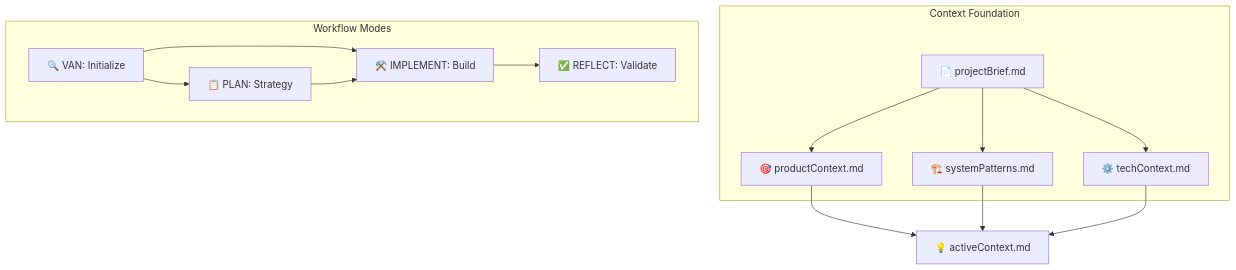
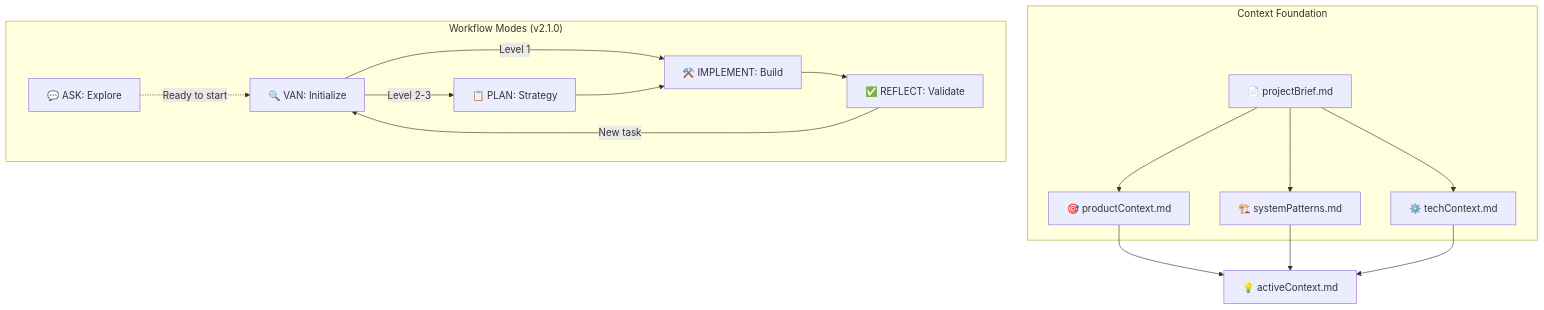
One commit to doublefx/claude-memory-bank changed the diagram in README.md. Above: the diagram before and after it, drawn with Mermaid. The commit also changed other lines of this file and 20 other files, not shown here.

````diff
--- a/README.md
+++ b/README.md
@@ -10,19 +10,27 @@
 ```mermaid
 flowchart TD
     subgraph "Context Foundation"
         PB[📄 projectBrief.md] --> PC[🎯 productContext.md]
         PB --> SP[🏗️ systemPatterns.md]
         PB --> TC[⚙️ techContext.md]
     end
     
-    subgraph "Workflow Modes"
-        VAN[🔍 VAN: Initialize] --> PLAN[📋 PLAN: Strategy]
-        VAN --> IMPLEMENT[⚒️ IMPLEMENT: Build]
-        PLAN --> IMPLEMENT
-        IMPLEMENT --> REFLECT[✅ REFLECT: Validate]
+    subgraph "Workflow Modes (v2.1.0)"
+        ASK[💬 ASK: Explore]
+        VAN[🔍 VAN: Initialize]
+        PLAN[📋 PLAN: Strategy]
+        IMPLEMENT[⚒️ IMPLEMENT: Build]
+        REFLECT[✅ REFLECT: Validate]
     end
+    
+    ASK -.->|Ready to start| VAN
+    VAN -->|Level 1| IMPLEMENT
+    VAN -->|Level 2-3| PLAN
+    PLAN --> IMPLEMENT
+    IMPLEMENT --> REFLECT
+    REFLECT -->|New task| VAN
     
     PC --> AC[💡 activeContext.md]
     SP --> AC
     TC --> AC
 ```
````
